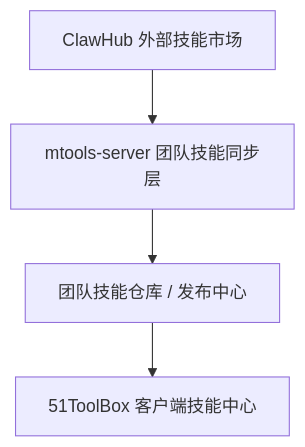
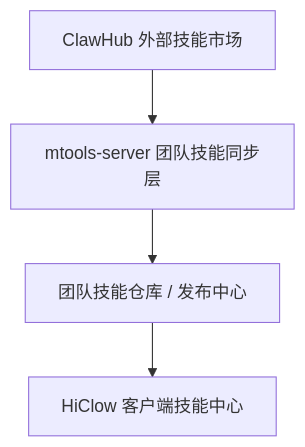
Before and after one commit to xuhaichaoy/openTools: the diagram in docs/team-skill-marketplace-optimal-architecture.md, drawn with Mermaid. The commit also changed other lines of this file and 74 other files, not shown here.

````diff
--- a/docs/team-skill-marketplace-optimal-architecture.md
+++ b/docs/team-skill-marketplace-optimal-architecture.md
@@ -161,6 +161,6 @@
 ```mermaid
 flowchart TD
   A["ClawHub 外部技能市场"] --> B["mtools-server 团队技能同步层"]
   B --> C["团队技能仓库 / 发布中心"]
-  C --> D["51ToolBox 客户端技能中心"]
+  C --> D["HiClow 客户端技能中心"]
 ```
````
